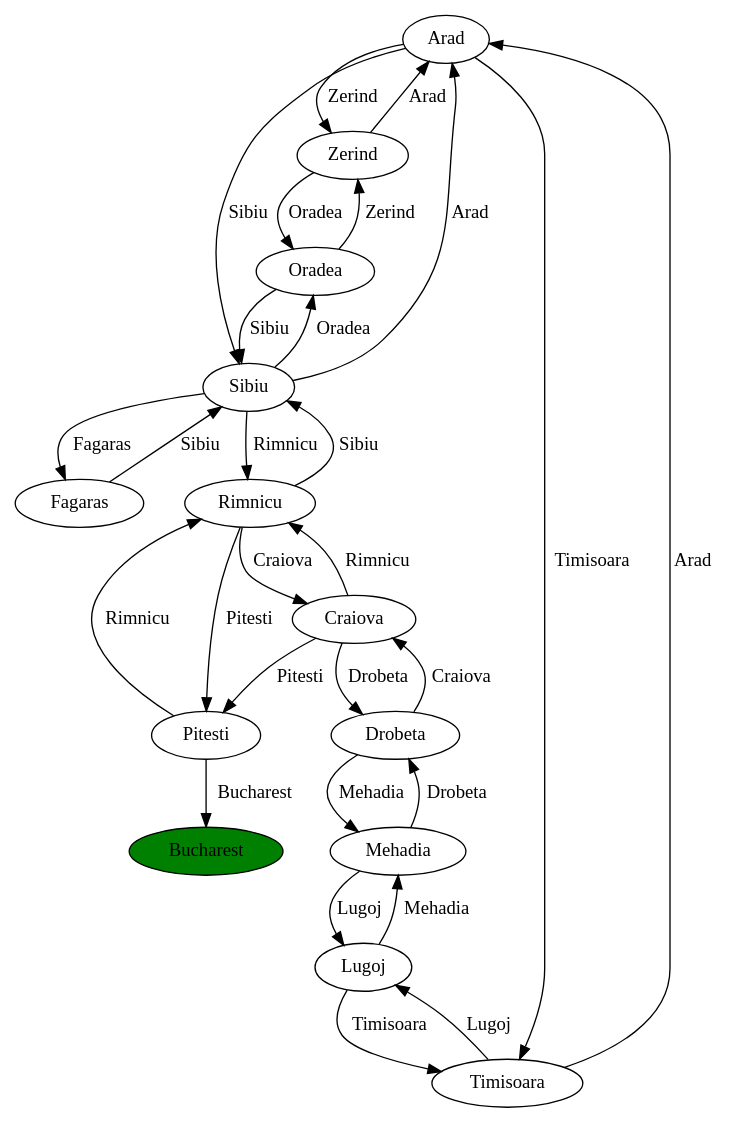
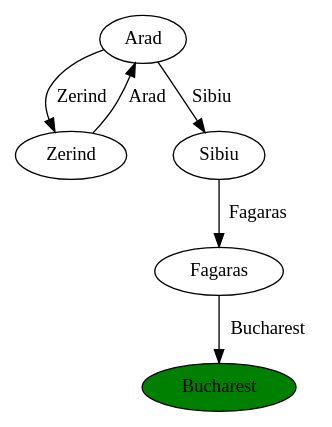
One commit to skadio/explorateur changed the diagram in examples/graph_search/output.dot. Above: the diagram before and after it, drawn with Graphviz. The commit also changed 6 other files, not shown here.

```diff
--- a/examples/graph_search/output.dot
+++ b/examples/graph_search/output.dot
@@ -1,32 +1,9 @@
 digraph G {
 spline=line;
 "Arad" -> "Zerind" [label="Zerind"];
 "Zerind" -> "Arad" [label="Arad"];
 "Arad" -> "Sibiu" [label="Sibiu"];
-"Sibiu" -> "Arad" [label="Arad"];
-"Arad" -> "Timisoara" [label="Timisoara"];
-"Timisoara" -> "Arad" [label="Arad"];
-"Timisoara" -> "Lugoj" [label="Lugoj"];
-"Lugoj" -> "Timisoara" [label="Timisoara"];
-"Lugoj" -> "Mehadia" [label="Mehadia"];
-"Mehadia" -> "Drobeta" [label="Drobeta"];
-"Drobeta" -> "Mehadia" [label="Mehadia"];
-"Mehadia" -> "Lugoj" [label="Lugoj"];
-"Drobeta" -> "Craiova" [label="Craiova"];
-"Craiova" -> "Drobeta" [label="Drobeta"];
-"Craiova" -> "Rimnicu" [label="Rimnicu"];
-"Rimnicu" -> "Sibiu" [label="Sibiu"];
 "Sibiu" -> "Fagaras" [label="Fagaras"];
-"Fagaras" -> "Sibiu" [label="Sibiu"];
-"Sibiu" -> "Oradea" [label="Oradea"];
-"Oradea" -> "Zerind" [label="Zerind"];
-"Zerind" -> "Oradea" [label="Oradea"];
-"Oradea" -> "Sibiu" [label="Sibiu"];
-"Sibiu" -> "Rimnicu" [label="Rimnicu"];
-"Rimnicu" -> "Craiova" [label="Craiova"];
-"Craiova" -> "Pitesti" [label="Pitesti"];
-"Pitesti" -> "Rimnicu" [label="Rimnicu"];
-"Rimnicu" -> "Pitesti" [label="Pitesti"];
-"Pitesti" -> "Bucharest" [label="Bucharest"];
+"Fagaras" -> "Bucharest" [label="Bucharest"];
 "Bucharest" [style=filled fillcolor=green];
 }
```
